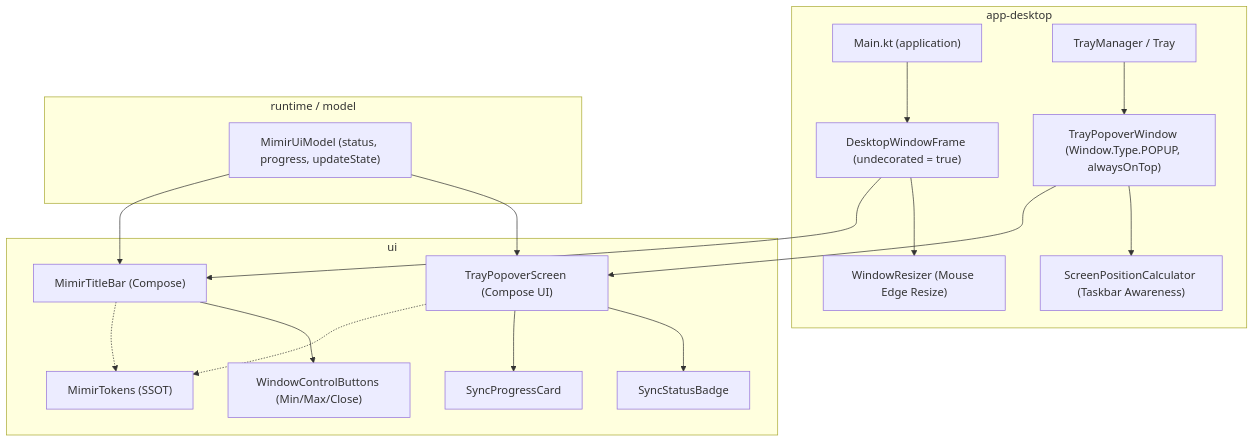
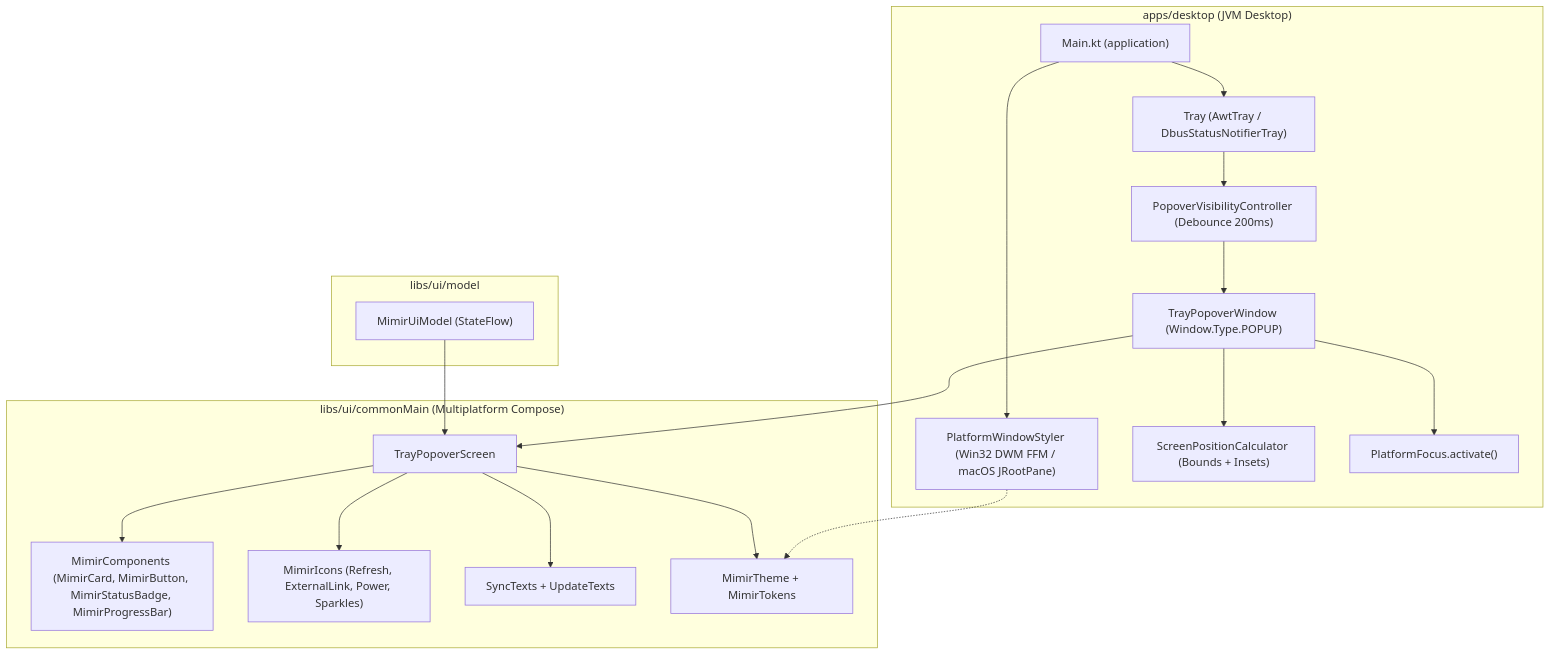
Before and after one commit to gidragir/mimir: the diagram in docs/superpowers/specs/2026-11-04-custom-titlebar-and-tray-popover-design.md, drawn with Mermaid. The commit also changed other lines of this file and 10 other files, not shown here.

Commit message:
chore: update context-init knowledge base and add window styler plan/spec

````diff
--- a/docs/superpowers/specs/2026-11-04-custom-titlebar-and-tray-popover-design.md
+++ b/docs/superpowers/specs/2026-11-04-custom-titlebar-and-tray-popover-design.md
@@ -126,40 +120,40 @@
 ```mermaid
 graph TD
-    subgraph "app-desktop"
+    subgraph "apps/desktop (JVM Desktop)"
         Main["Main.kt (application)"]
-        Frame["DesktopWindowFrame (undecorated = true)"]
-        Resizer["WindowResizer (Mouse Edge Resize)"]
-        TrayMgr["TrayManager / Tray"]
-        PopWindow["TrayPopoverWindow (Window.Type.POPUP, alwaysOnTop)"]
-        PosCalc["ScreenPositionCalculator (Taskbar Awareness)"]
+        Styler["PlatformWindowStyler (Win32 DWM FFM / macOS JRootPane)"]
+        TrayPort["Tray (AwtTray / DbusStatusNotifierTray)"]
+        PopVis["PopoverVisibilityController (Debounce 200ms)"]
+        PopWindow["TrayPopoverWindow (Window.Type.POPUP)"]
+        PosCalc["ScreenPositionCalculator (Bounds + Insets)"]
+        Focus["PlatformFocus.activate()"]
     end
 
-    subgraph "ui"
-        TitleBar["MimirTitleBar (Compose)"]
-        WindowControls["WindowControlButtons (Min/Max/Close)"]
-        PopoverScreen["TrayPopoverScreen (Compose UI)"]
-        StatusBadge["SyncStatusBadge"]
-        ProgressView["SyncProgressCard"]
-        Tokens["MimirTokens (SSOT)"]
+    subgraph "libs/ui/commonMain (Multiplatform Compose)"
+        PopoverScreen["TrayPopoverScreen"]
+        Components["MimirComponents (MimirCard, MimirButton, MimirStatusBadge, MimirProgressBar)"]
+        Icons["MimirIcons (Refresh, ExternalLink, Power, Sparkles)"]
+        Texts["SyncTexts + UpdateTexts"]
+        Theme["MimirTheme + MimirTokens"]
     end
 
-    subgraph "runtime / model"
-        UiModel["MimirUiModel (status, progress, updateState)"]
+    subgraph "libs/ui/model"
+        UiModel["MimirUiModel (StateFlow)"]
     end
 
-    Main --> Frame
-    Frame --> Resizer
-    Frame --> TitleBar
-    TitleBar --> WindowControls
-    TitleBar -.-> Tokens
+    Main --> Styler
+    Styler -.-> Theme
 
-    TrayMgr --> PopWindow
+    Main --> TrayPort
+    TrayPort --> PopVis
+    PopVis --> PopWindow
     PopWindow --> PosCalc
     PopWindow --> PopoverScreen
-    PopoverScreen --> StatusBadge
-    PopoverScreen --> ProgressView
-    PopoverScreen -.-> Tokens
+    PopWindow --> Focus
 
+    PopoverScreen --> Components
+    PopoverScreen --> Icons
+    PopoverScreen --> Texts
+    PopoverScreen --> Theme
     UiModel --> PopoverScreen
-    UiModel --> TitleBar
 ```
````
